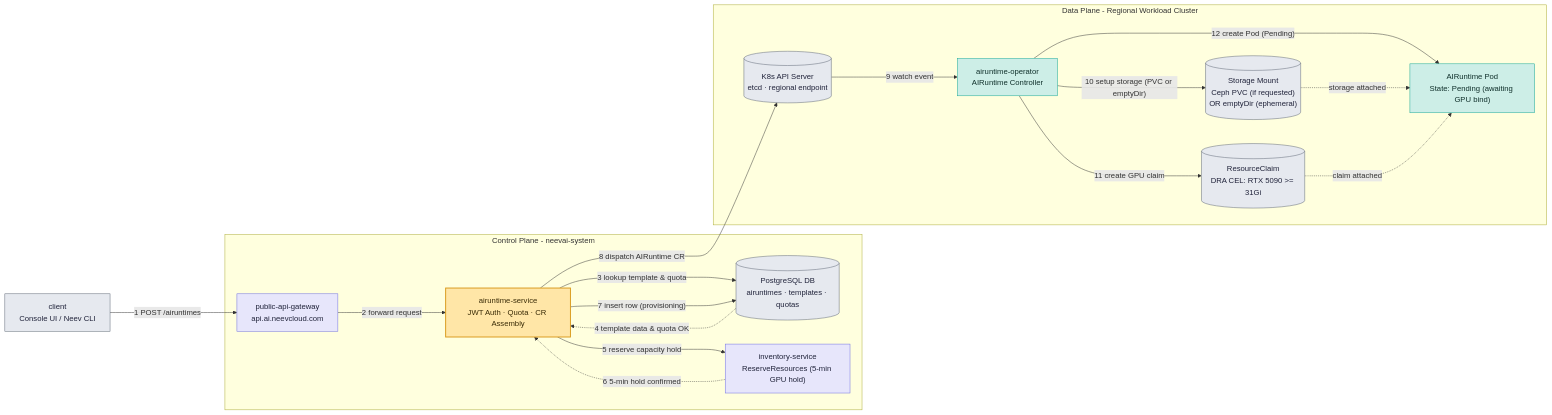
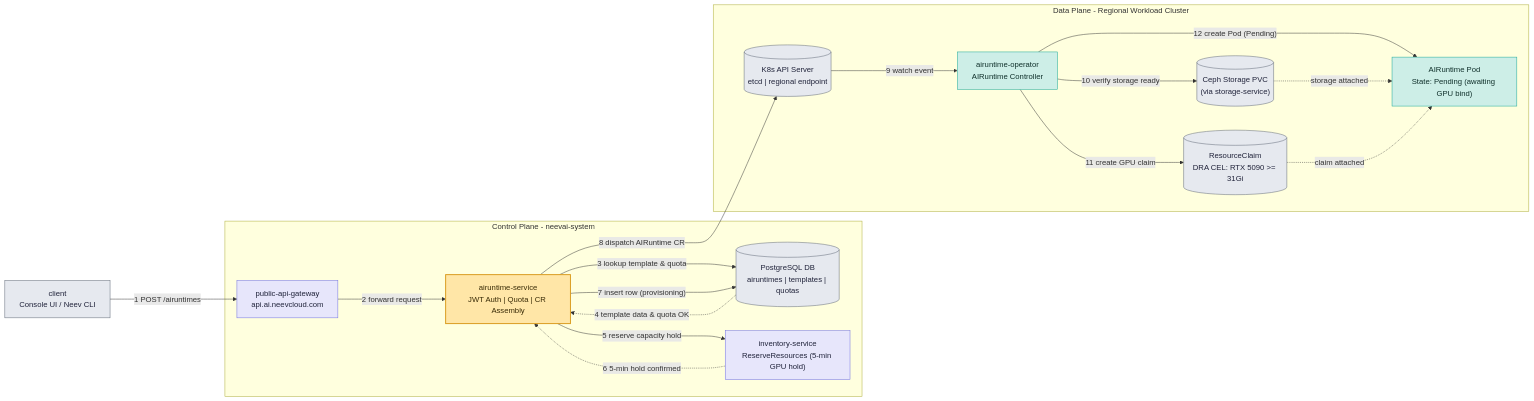
The first of 2 diagrams in README.md (chandini1727/documentation-), drawn with Mermaid before and after one commit. The commit also changed other lines of this file, not shown here.

````diff
--- a/README.md
+++ b/README.md
@@ -215,39 +125,39 @@
 ```mermaid
 flowchart LR
     cl["client<br/>Console UI / Neev CLI"]:::store
 
     subgraph CP [Control Plane - neevai-system]
         gw["public-api-gateway<br/>api.ai.neevcloud.com"]:::cp
-        asvc["airuntime-service<br/>JWT Auth · Quota · CR Assembly"]:::star
-        db[("PostgreSQL DB<br/>airuntimes · templates · quotas")]:::store
+        asvc["airuntime-service<br/>JWT Auth | Quota | CR Assembly"]:::star
+        db[("PostgreSQL DB<br/>airuntimes | templates | quotas")]:::store
         inv["inventory-service<br/>ReserveResources (5-min GPU hold)"]:::cp
     end
 
     subgraph DP [Data Plane - Regional Workload Cluster]
-        k8s[("K8s API Server<br/>etcd · regional endpoint")]:::store
+        k8s[("K8s API Server<br/>etcd | regional endpoint")]:::store
         aop["airuntime-operator<br/>AIRuntime Controller"]:::dp
-        pvc[("Storage Mount<br/>Ceph PVC (if requested)<br/>OR emptyDir (ephemeral)")]:::store
+        pvc[("Ceph Storage PVC<br/>(via storage-service)")]:::store
         rc[("ResourceClaim<br/>DRA CEL: RTX 5090 >= 31Gi")]:::store
         pod["AIRuntime Pod<br/>State: Pending (awaiting GPU bind)"]:::dp
     end
 
     cl --->|"1 POST /airuntimes"| gw
     gw --->|"2 forward request"| asvc
     asvc --->|"3 lookup template & quota"| db
     db -..->|"4 template data & quota OK"| asvc
     asvc --->|"5 reserve capacity hold"| inv
     inv -..->|"6 5-min hold confirmed"| asvc
     asvc --->|"7 insert row (provisioning)"| db
     asvc --->|"8 dispatch AIRuntime CR"| k8s
     k8s --->|"9 watch event"| aop
-    aop --->|"10 setup storage (PVC or emptyDir)"| pvc
+    aop --->|"10 verify storage ready"| pvc
     aop --->|"11 create GPU claim"| rc
     aop --->|"12 create Pod (Pending)"| pod
     pvc -..->|"storage attached"| pod
     rc -..->|"claim attached"| pod
 
     classDef cp fill:#e7e6fb,stroke:#6b6be0,color:#20233a
     classDef dp fill:#cdeee7,stroke:#12a594,color:#10302b
     classDef star fill:#ffe6a7,stroke:#d99a1c,stroke-width:2px,color:#3a2c07
     classDef store fill:#e6e9ef,stroke:#5b6472,color:#20233a
 ```
````
